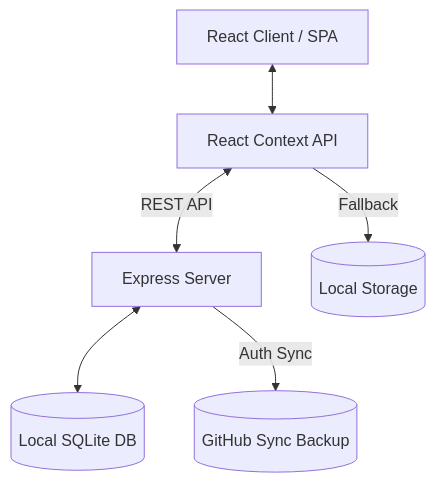
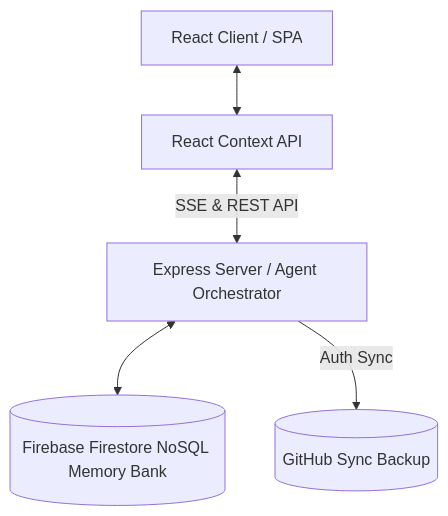
Before and after one commit to shengliangsong-ai/vme-workspace: the first of 3 diagrams in ARCHITECTURE.md, drawn with Mermaid. The commit also changed other lines of this file and 4 other files, not shown here.

````diff
--- a/ARCHITECTURE.md
+++ b/ARCHITECTURE.md
@@ -7,15 +7,13 @@
 ```mermaid
 graph TD
     UI[React Client / SPA]
     Context[React Context API]
-    Backend[Express Server]
-    SQLite[(Local SQLite DB)]
-    LocalStorage[(Local Storage)]
+    Backend[Express Server / Agent Orchestrator]
+    Firestore[(Firebase Firestore NoSQL Memory Bank)]
     GitHub[(GitHub Sync Backup)]
-
+    
     UI <--> Context
-    Context --> |Fallback| LocalStorage
-    Context <--> |REST API| Backend
-    Backend <--> SQLite
+    Context <--> |SSE & REST API| Backend
+    Backend <--> Firestore
     Backend --> |Auth Sync| GitHub
 ```
````
